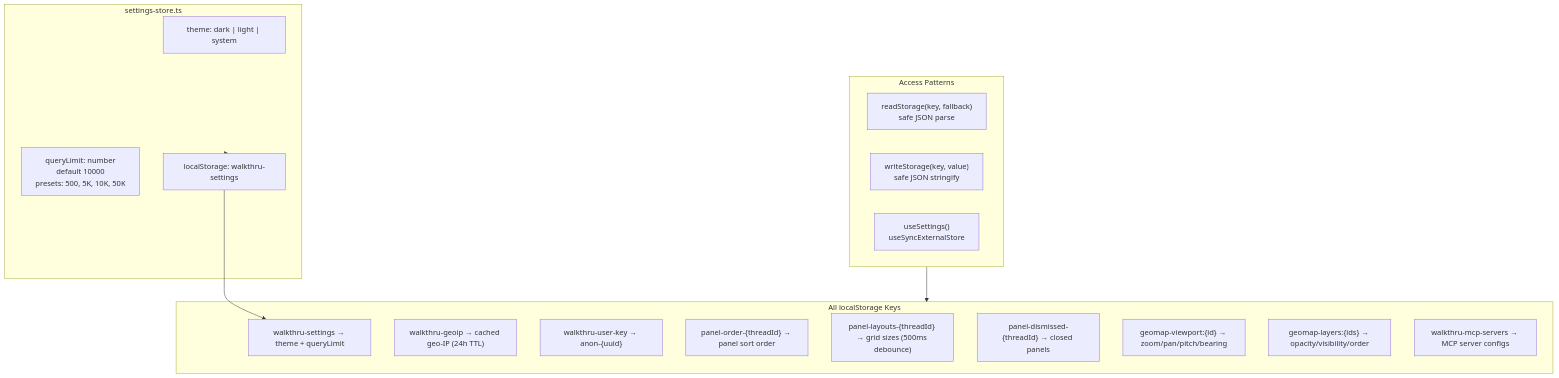
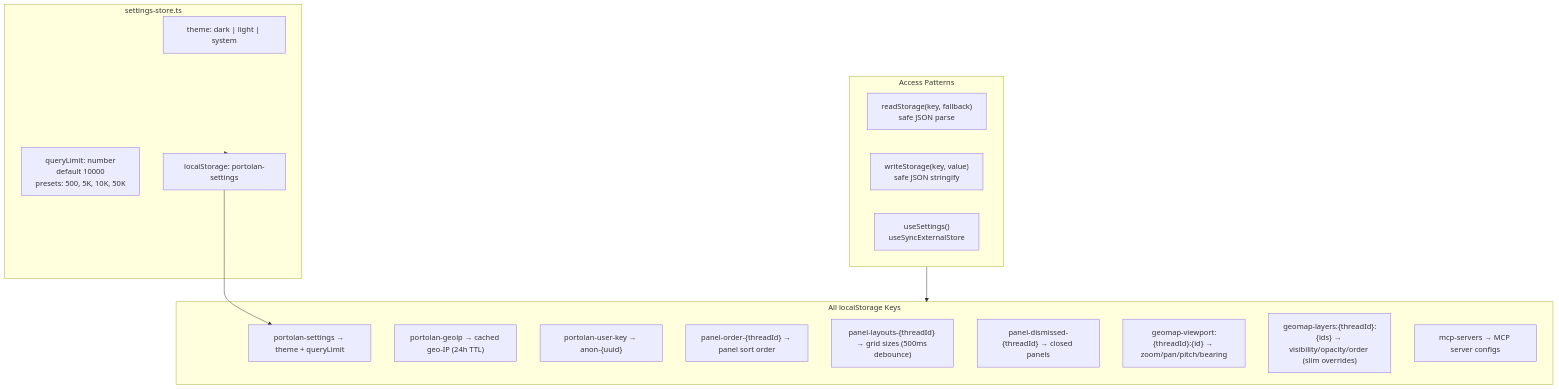
Before and after one commit to CartoDB/portolan-ai: diagram 26 of 30 in ARCHITECTURE.md, drawn with Mermaid. The commit also changed other lines of this file and 6 other files, not shown here.

First line of the commit message:
docs: sync CLAUDE.md, rules and ARCHITECTURE.md with current code

````diff
--- a/ARCHITECTURE.md
+++ b/ARCHITECTURE.md
@@ -958,30 +958,30 @@
 ```mermaid
 graph TB
     subgraph SettingsStore["settings-store.ts"]
         Theme_S["theme: dark | light | system"]
         QL["queryLimit: number<br/>default 10000<br/>presets: 500, 5K, 10K, 50K"]
-        Persist["localStorage: walkthru-settings"]
+        Persist["localStorage: portolan-settings"]
     end
 
     subgraph LocalStorageKeys["All localStorage Keys"]
-        LS1["walkthru-settings → theme + queryLimit"]
-        LS2["walkthru-geoip → cached geo-IP (24h TTL)"]
-        LS3["walkthru-user-key → anon-{uuid}"]
+        LS1["portolan-settings → theme + queryLimit"]
+        LS2["portolan-geoip → cached geo-IP (24h TTL)"]
+        LS3["portolan-user-key → anon-{uuid}"]
         LS4["panel-order-{threadId} → panel sort order"]
         LS5["panel-layouts-{threadId} → grid sizes (500ms debounce)"]
         LS6["panel-dismissed-{threadId} → closed panels"]
-        LS7["geomap-viewport:{id} → zoom/pan/pitch/bearing"]
-        LS8["geomap-layers:{ids} → opacity/visibility/order"]
-        LS9["walkthru-mcp-servers → MCP server configs"]
+        LS7["geomap-viewport:{threadId}:{id} → zoom/pan/pitch/bearing"]
+        LS8["geomap-layers:{threadId}:{ids} → visibility/opacity/order (slim overrides)"]
+        LS9["mcp-servers → MCP server configs"]
     end
 
     subgraph Access["Access Patterns"]
         Read["readStorage(key, fallback)<br/>safe JSON parse"]
         Write["writeStorage(key, value)<br/>safe JSON stringify"]
         Hook["useSettings()<br/>useSyncExternalStore"]
     end
 
     SettingsStore --> Persist
     Persist --> LS1
     Access --> LocalStorageKeys
 ```
````
